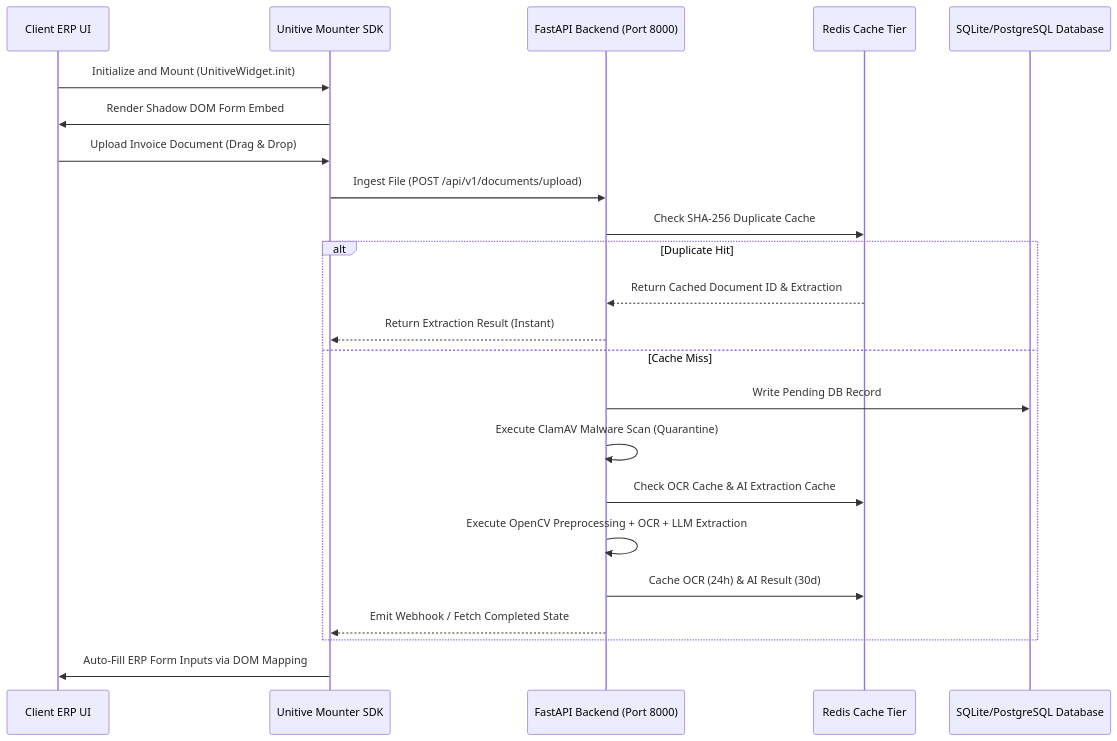
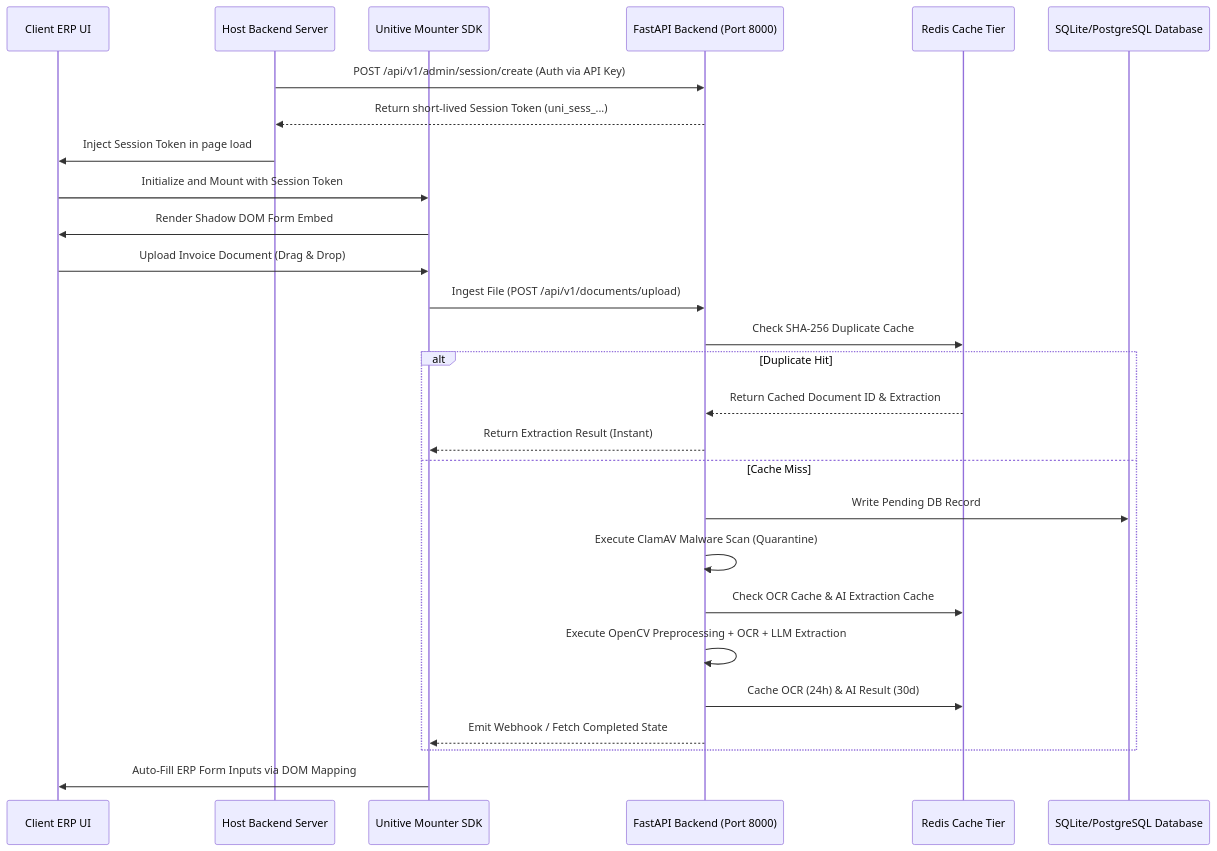
One commit to shalinirajendran29/aiproject changed the diagram in INTEGRATION_GUIDE.md. Above: the diagram before and after it, drawn with Mermaid. The commit also changed other lines of this file and 14 other files, not shown here.

Commit message:
Implement enterprise SDK features, async jobs API, webhook backoff/DLQ, offline queueing, and CSP/SLA integration guidelines

````diff
--- a/INTEGRATION_GUIDE.md
+++ b/INTEGRATION_GUIDE.md
@@ -11,26 +11,30 @@
 ```mermaid
 sequenceDiagram
     participant ERP as Client ERP UI
+    participant HostSrv as Host Backend Server
     participant SDK as Unitive Mounter SDK
     participant API as FastAPI Backend (Port 8000)
     participant Redis as Redis Cache Tier
     participant DB as SQLite/PostgreSQL Database
 
-    ERP->>SDK: Initialize and Mount (UnitiveWidget.init)
+    HostSrv->>API: POST /api/v1/admin/session/create (Auth via API Key)
+    API-->>HostSrv: Return short-lived Session Token (uni_sess_...)
+    HostSrv->>ERP: Inject Session Token in page load
+    ERP->>SDK: Initialize and Mount with Session Token
     SDK->>ERP: Render Shadow DOM Form Embed
     ERP->>SDK: Upload Invoice Document (Drag & Drop)
     SDK->>API: Ingest File (POST /api/v1/documents/upload)
     API->>Redis: Check SHA-256 Duplicate Cache
     alt Duplicate Hit
         Redis-->>API: Return Cached Document ID & Extraction
         API-->>SDK: Return Extraction Result (Instant)
     else Cache Miss
         API->>DB: Write Pending DB Record
         API->>API: Execute ClamAV Malware Scan (Quarantine)
         API->>Redis: Check OCR Cache & AI Extraction Cache
         API->>API: Execute OpenCV Preprocessing + OCR + LLM Extraction
         API->>Redis: Cache OCR (24h) & AI Result (30d)
         API-->>SDK: Emit Webhook / Fetch Completed State
     end
     SDK->>ERP: Auto-Fill ERP Form Inputs via DOM Mapping
 ```
````
